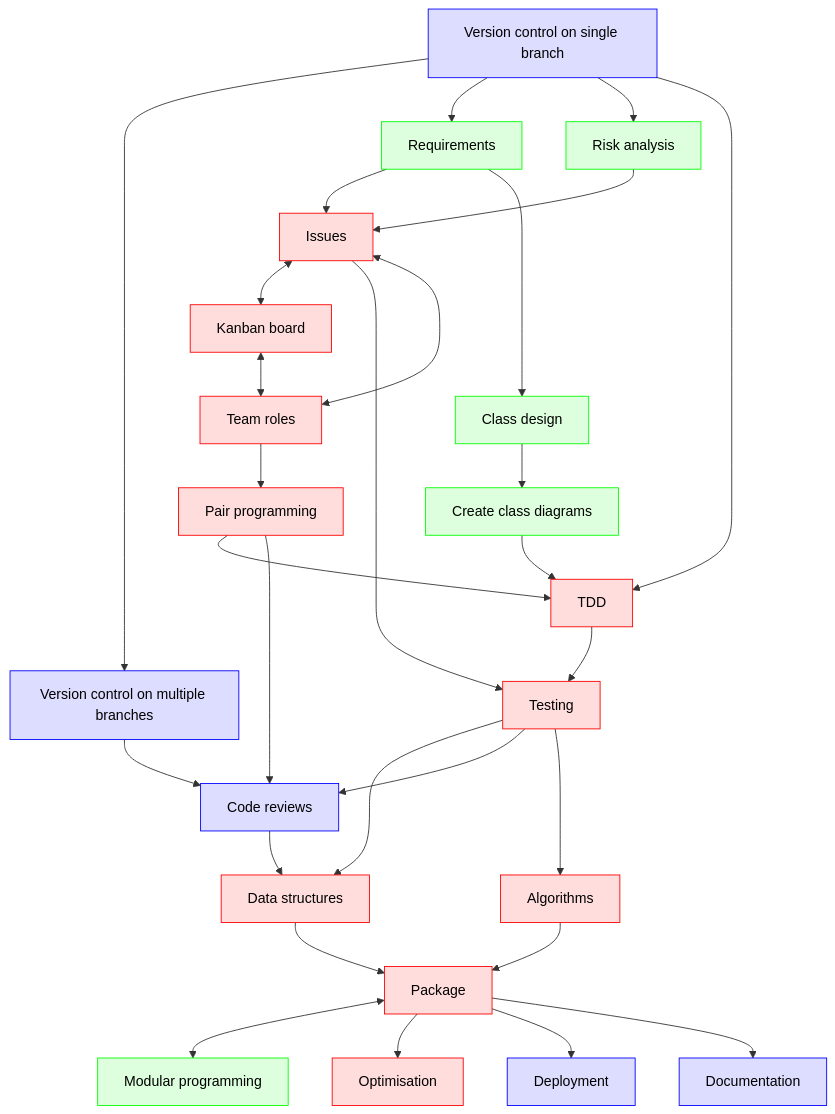
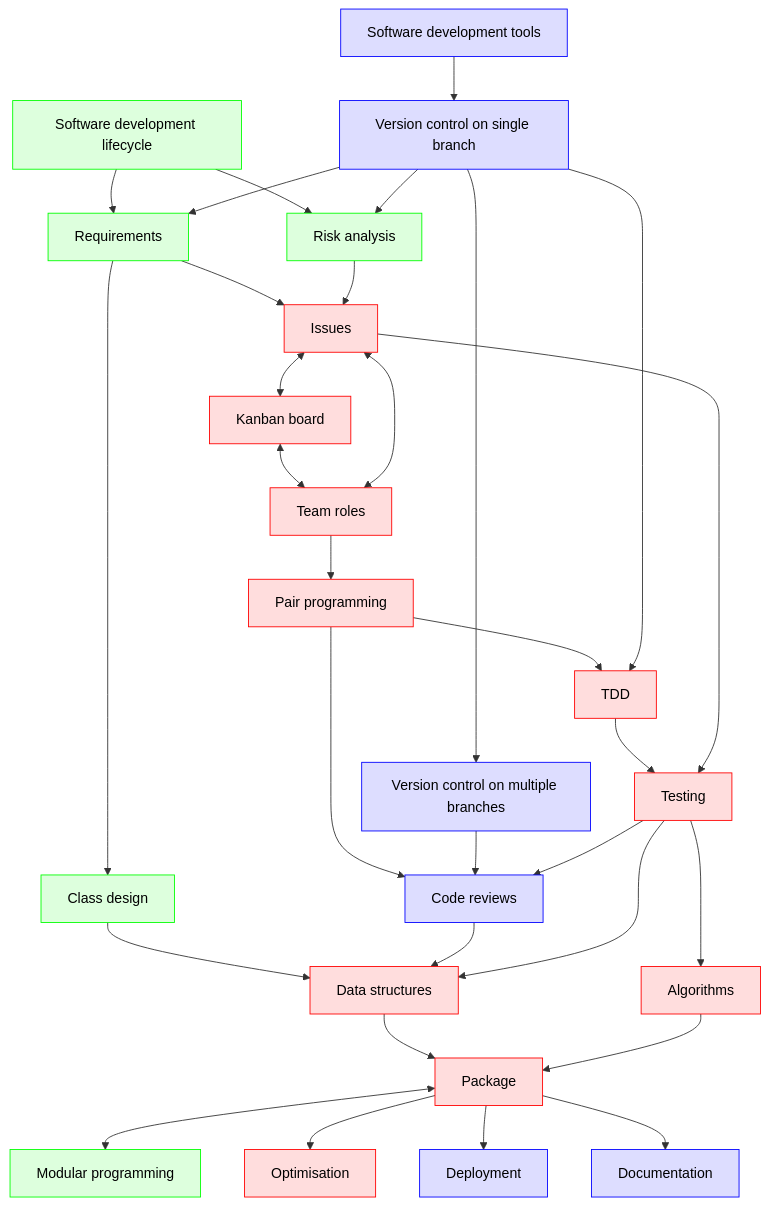
One commit to UPPMAX/programming_formalisms changed the diagram in docs/misc/wrap_up.md. Above: the diagram before and after it, drawn with Mermaid.

Commit message:
Improve wrap-up

````diff
--- a/docs/misc/wrap_up.md
+++ b/docs/misc/wrap_up.md
@@ -28,68 +28,73 @@
 ```mermaid
 flowchart TD
 
   classDef bjorn_node fill:#ddf,color:#000,stroke:#00f
   classDef lars_node fill:#dfd,color:#000,stroke:#0f0
   classDef richel_node fill:#fdd,color:#000,stroke:#f00
+
+    sdlc[Software development lifecycle]:::lars_node
+    devtools[Software development tools]:::bjorn_node
 
     requirements[Requirements]:::lars_node
     risk_analysis[Risk analysis]:::lars_node
 
     requirements --> issues
     risk_analysis --> issues
 
     issues[Issues]:::richel_node
     kanban_board[Kanban board]:::richel_node
     team_roles[Team roles]:::richel_node
 
     team_roles <--> issues <--> kanban_board <--> team_roles
 
     team_roles --> pair_programming
 
     version_control_1[Version control on single branch]:::bjorn_node
     version_control_many[Version control on multiple branches]:::bjorn_node
 
     version_control_1 --> version_control_many
 
     class_design[Class design]:::lars_node
 
-    class_diagram[Create class diagrams]:::lars_node
     pair_programming[Pair programming]:::richel_node
     tdd[TDD]:::richel_node
 
     testing[Testing]:::richel_node
     code_reviews[Code reviews]:::bjorn_node
 
     data_structures[Data structures]:::richel_node
     algorithms[Algorithms]:::richel_node
     optimisation[Optimisation]:::richel_node
 
     modular_programming[Modular programming]:::lars_node
     package[Package]:::richel_node
     deployment[Deployment]:::bjorn_node
     documentation[Documentation]:::bjorn_node
 
 
+  sdlc --> requirements
+  sdlc --> risk_analysis
+  devtools --> version_control_1
+
   requirements --> class_design
   version_control_1 --> requirements
   version_control_1 --> risk_analysis
   pair_programming --> tdd
   pair_programming --> code_reviews
   version_control_many --> code_reviews
-  class_design --> class_diagram
-  class_diagram --> tdd
+  class_design --> data_structures
   version_control_1 --> tdd
   tdd --> testing
   issues --> testing
   code_reviews --> data_structures
   testing --> data_structures
   testing --> code_reviews
   testing --> algorithms
   data_structures --> package
   package <--> modular_programming
   package --> optimisation
   algorithms --> package
 
   package --> deployment
   package --> documentation
 ```
````
